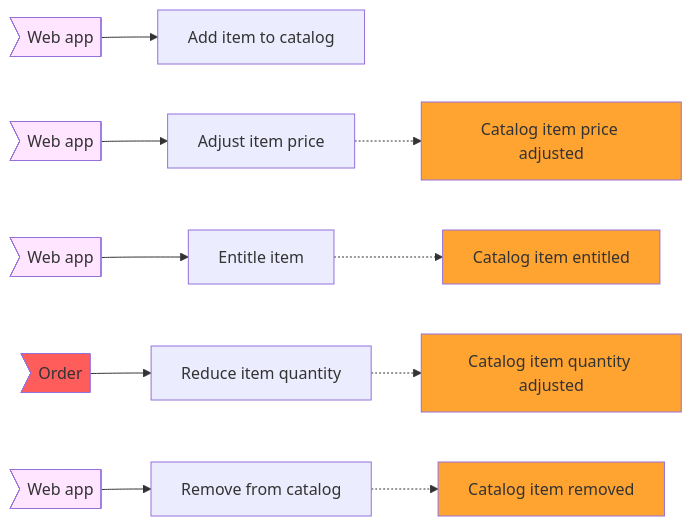
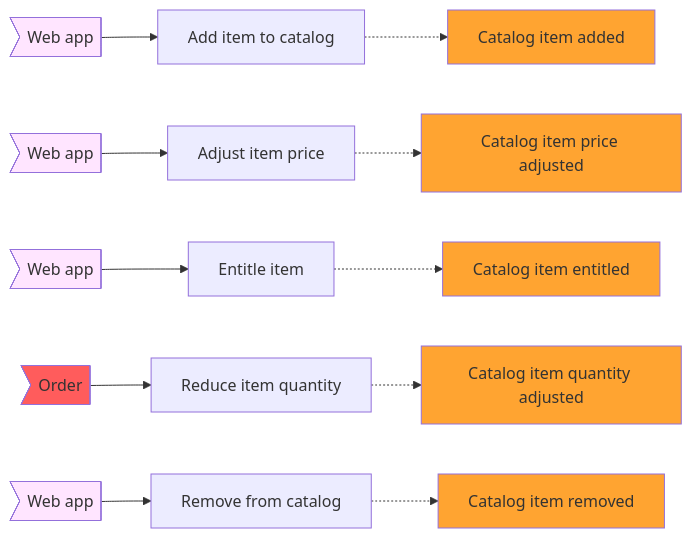
One commit to pierregillon/BoundedContextCanvasGenerator changed the second of 2 diagrams in src/SolutionExample/Example/bounded_context_canvas.md. Above: the diagram before and after it, drawn with Mermaid. The commit also changed 7 other files, not shown here.

````diff
--- a/src/SolutionExample/Example/bounded_context_canvas.md
+++ b/src/SolutionExample/Example/bounded_context_canvas.md
@@ -59,38 +59,41 @@
 ```mermaid
 flowchart LR
     classDef frontCollaborators fill:#FFE5FF;
     classDef domainEvents fill:#FFA431;
     classDef boundedContextCollaborators fill:#FF5C5C;
     CatalogApplicationItemsAddItemToCatalogCommand["Add item to catalog"]
     CatalogApplicationItemsAddItemToCatalogCommandWebAppCollaborator>"Web app"]
     class CatalogApplicationItemsAddItemToCatalogCommandWebAppCollaborator frontCollaborators;
+    CatalogDomainItemsEventsCatalogItemAdded["Catalog item added"]
+    class CatalogDomainItemsEventsCatalogItemAdded domainEvents;
     CatalogApplicationItemsAdjustItemPriceCommand["Adjust item price"]
     CatalogApplicationItemsAdjustItemPriceCommandWebAppCollaborator>"Web app"]
     class CatalogApplicationItemsAdjustItemPriceCommandWebAppCollaborator frontCollaborators;
     CatalogDomainItemsEventsCatalogItemPriceAdjusted["Catalog item price adjusted"]
     class CatalogDomainItemsEventsCatalogItemPriceAdjusted domainEvents;
     CatalogApplicationItemsEntitleItemCommand["Entitle item"]
     CatalogApplicationItemsEntitleItemCommandWebAppCollaborator>"Web app"]
     class CatalogApplicationItemsEntitleItemCommandWebAppCollaborator frontCollaborators;
     CatalogDomainItemsEventsCatalogItemEntitled["Catalog item entitled"]
     class CatalogDomainItemsEventsCatalogItemEntitled domainEvents;
     CatalogApplicationItemsReduceItemQuantityCommand["Reduce item quantity"]
     CatalogApplicationItemsReduceItemQuantityCommandOrderCollaborator>"Order"]
     class CatalogApplicationItemsReduceItemQuantityCommandOrderCollaborator boundedContextCollaborators;
     CatalogDomainItemsEventsCatalogItemQuantityAdjusted["Catalog item quantity adjusted"]
     class CatalogDomainItemsEventsCatalogItemQuantityAdjusted domainEvents;
     CatalogApplicationItemsRemoveFromCatalogCommand["Remove from catalog"]
     CatalogApplicationItemsRemoveFromCatalogCommandWebAppCollaborator>"Web app"]
     class CatalogApplicationItemsRemoveFromCatalogCommandWebAppCollaborator frontCollaborators;
     CatalogDomainItemsEventsCatalogItemRemoved["Catalog item removed"]
     class CatalogDomainItemsEventsCatalogItemRemoved domainEvents;
     CatalogApplicationItemsAddItemToCatalogCommandWebAppCollaborator --> CatalogApplicationItemsAddItemToCatalogCommand
+    CatalogApplicationItemsAddItemToCatalogCommand -.-> CatalogDomainItemsEventsCatalogItemAdded
     CatalogApplicationItemsAdjustItemPriceCommandWebAppCollaborator --> CatalogApplicationItemsAdjustItemPriceCommand
     CatalogApplicationItemsAdjustItemPriceCommand -.-> CatalogDomainItemsEventsCatalogItemPriceAdjusted
     CatalogApplicationItemsEntitleItemCommandWebAppCollaborator --> CatalogApplicationItemsEntitleItemCommand
     CatalogApplicationItemsEntitleItemCommand -.-> CatalogDomainItemsEventsCatalogItemEntitled
     CatalogApplicationItemsReduceItemQuantityCommandOrderCollaborator --> CatalogApplicationItemsReduceItemQuantityCommand
     CatalogApplicationItemsReduceItemQuantityCommand -.-> CatalogDomainItemsEventsCatalogItemQuantityAdjusted
     CatalogApplicationItemsRemoveFromCatalogCommandWebAppCollaborator --> CatalogApplicationItemsRemoveFromCatalogCommand
     CatalogApplicationItemsRemoveFromCatalogCommand -.-> CatalogDomainItemsEventsCatalogItemRemoved
 ```
````
